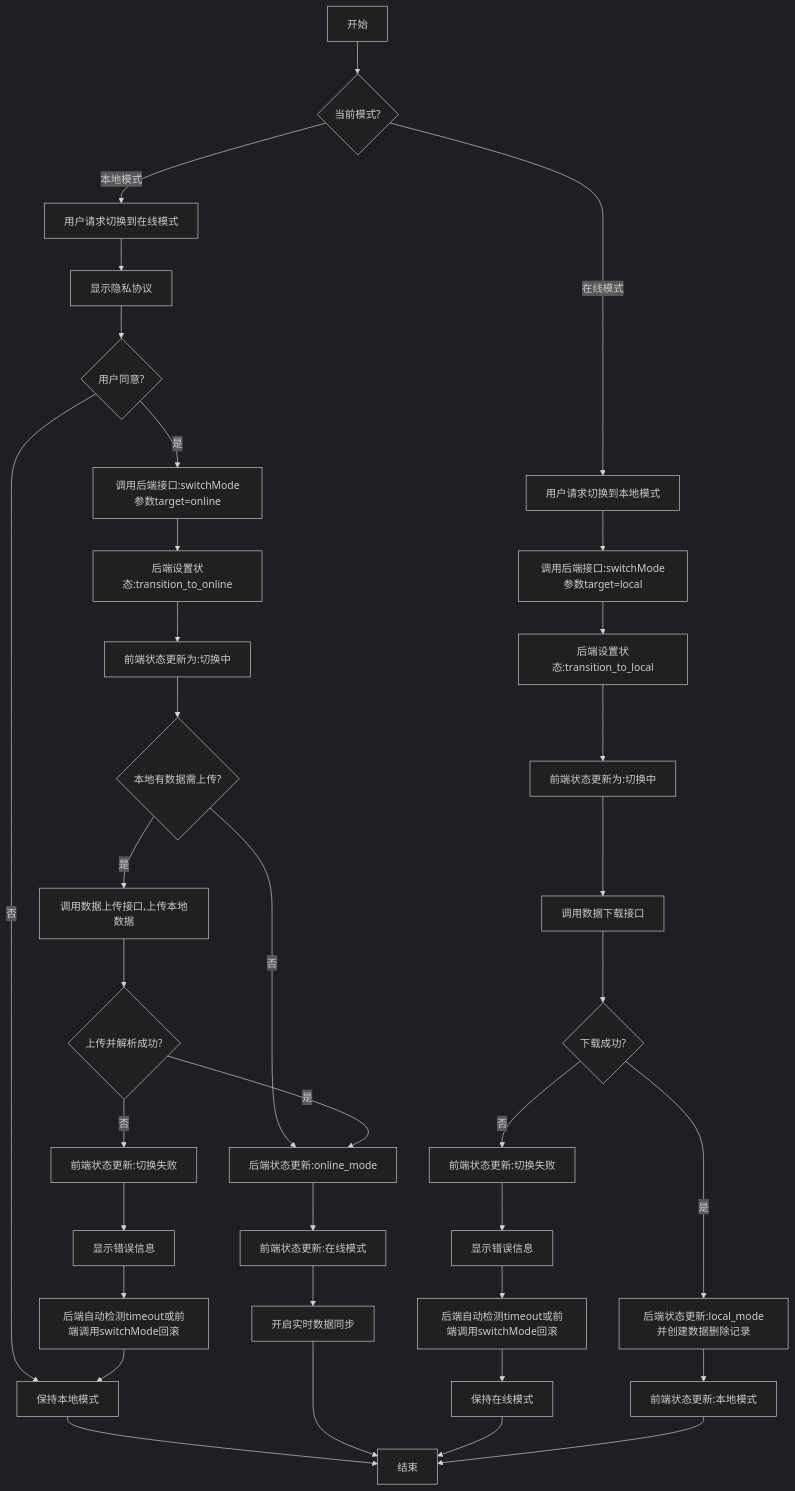
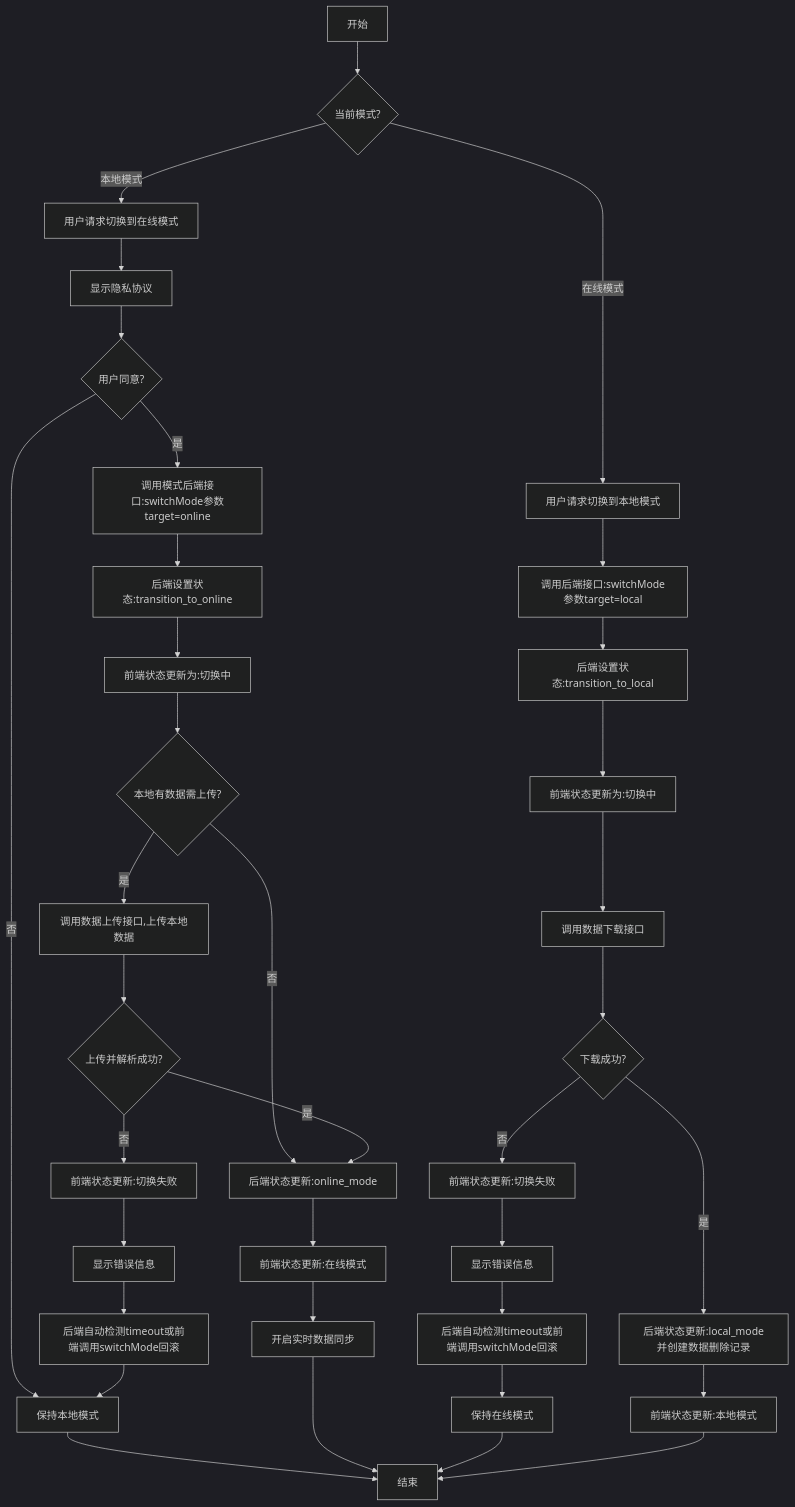
The diagram in all/未命名-58.md (yingjianzh/iodraw-files), drawn with Mermaid (dark theme) before and after one commit.

Commit message:
2025-05-14 10:31:30 update

````diff
--- a/all/未命名-58.md
+++ b/all/未命名-58.md
@@ -1,48 +1,48 @@
 ```mermaid
 flowchart TD
     A[开始] --> B{当前模式?}
     
     %% 本地模式转在线模式
     B -->|本地模式| C[用户请求切换到在线模式]
     C --> D[显示隐私协议]
     D --> E{用户同意?}
     E -->|否| F[保持本地模式]
     F --> Z[结束]
     
-    E -->|是| G[调用后端接口:switchMode参数target=online]
+    E -->|是| G[调用模式后端接口:switchMode参数target=online]
     G --> H[后端设置状态:transition_to_online]
     H --> I[前端状态更新为:切换中]
     
     I --> J{本地有数据需上传?}
     J -->|否| T
     
     J -->|是| L[调用数据上传接口,上传本地数据]
     L --> M{上传并解析成功?}
     M -->|否| O[前端状态更新:切换失败]
     O --> P[显示错误信息]
     P --> Q[后端自动检测timeout或前端调用switchMode回滚]
     Q --> F
     
     M -->|是| T[后端状态更新:online_mode]
     T --> U[前端状态更新:在线模式]
     U --> V[开启实时数据同步]
     V --> Z
     
     %% 在线模式转本地模式
     B -->|在线模式| W[用户请求切换到本地模式]
     W --> X[调用后端接口:switchMode参数target=local]
     X --> Y[后端设置状态:transition_to_local]
     Y --> AA[前端状态更新为:切换中]
     
     AA --> AB[调用数据下载接口]
     AB --> AC{下载成功?}
     AC -->|否| AE[前端状态更新:切换失败]
     AE --> AF[显示错误信息]
     AF --> AG[后端自动检测timeout或前端调用switchMode回滚]
     AG --> AH[保持在线模式]
     AH --> Z
     
     AC -->|是| AI[后端状态更新:local_mode并创建数据删除记录]
     AI --> AJ[前端状态更新:本地模式]
     AJ --> Z
 ```
````
